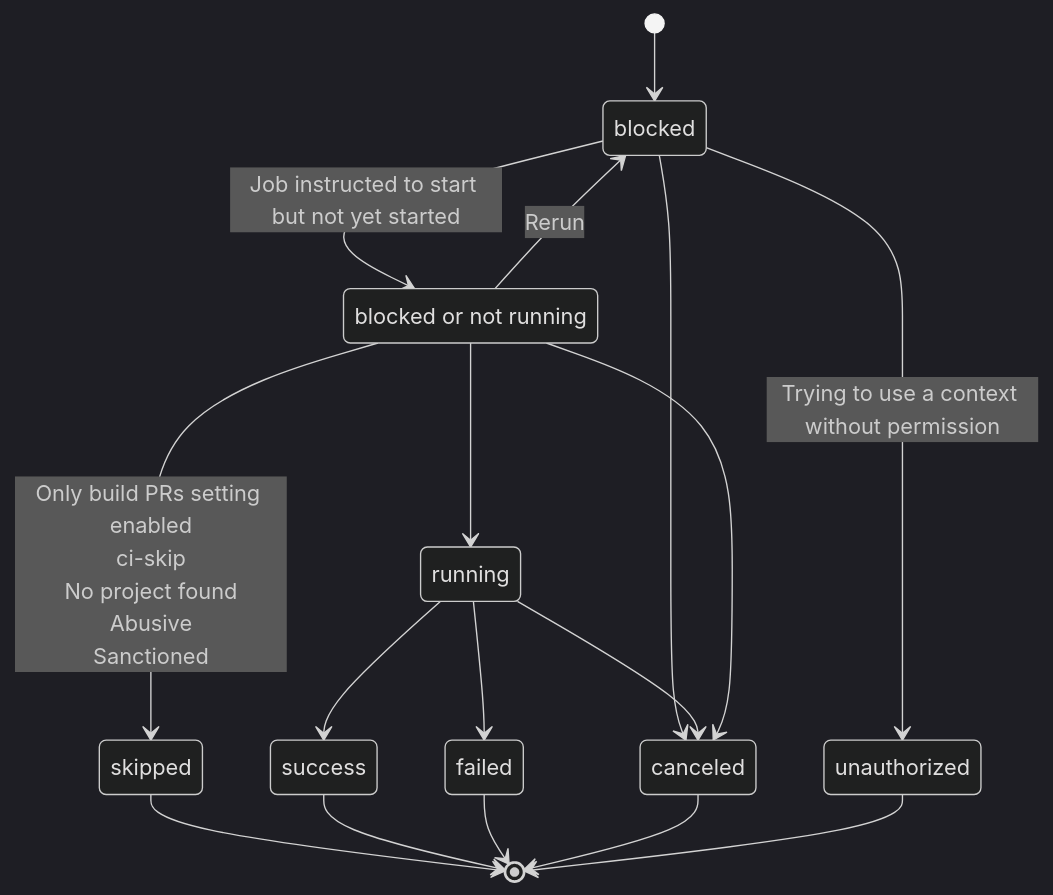
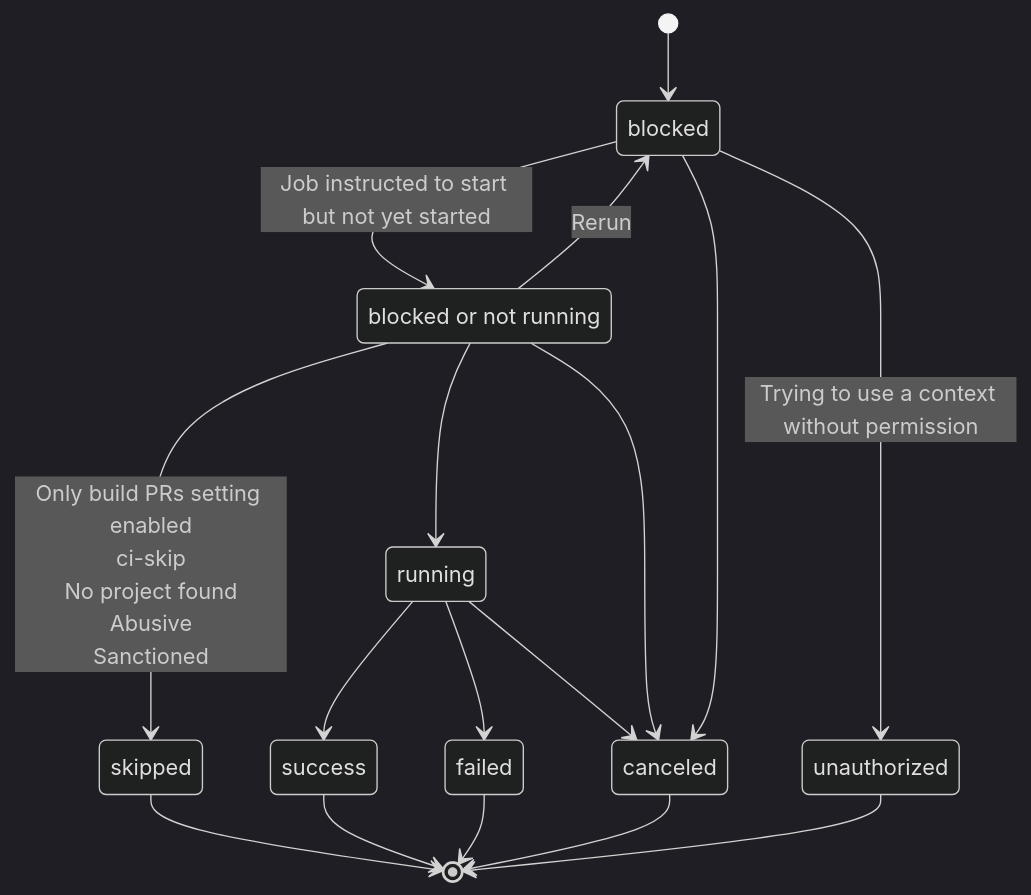
One commit to circleci/circleci-docs changed the diagram in docs/guides/modules/orchestrate/pages/jobs-steps.adoc. Above: the diagram before and after it, drawn with Mermaid (dark theme).

Commit message:
uncross lines

```diff
--- a/docs/guides/modules/orchestrate/pages/jobs-steps.adoc
+++ b/docs/guides/modules/orchestrate/pages/jobs-steps.adoc
@@ -79,31 +79,32 @@
 [mermaid]
 ----
 stateDiagram-v2
     direction TB
     [*] --> blocked
 
     state "blocked or not running" as pending
     blocked --> pending : Job instructed to start but not yet started
     blocked --> unauthorized : Trying to use a context without permission
-    blocked --> canceled
+   
 
     pending --> running
 
     pending --> skipped : Only build PRs setting enabled<br/>ci-skip<br/>No project found<br/>Abusive<br/>Sanctioned
     pending --> blocked : Rerun
 
     running --> canceled
     pending --> canceled
+    blocked --> canceled
 
 
 
     running --> failed
     running --> success
 
     skipped --> [*]
     success --> [*]
     failed --> [*]
     canceled --> [*]
     unauthorized --> [*]
 
 ----
```
